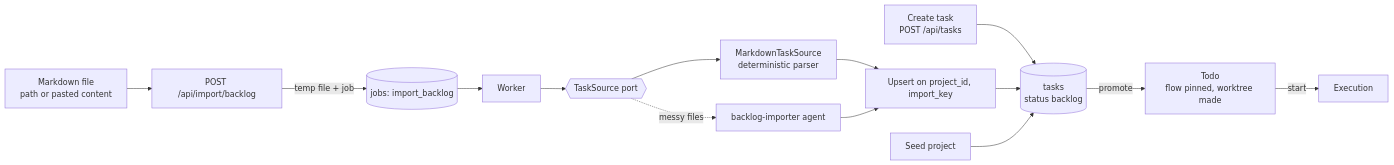
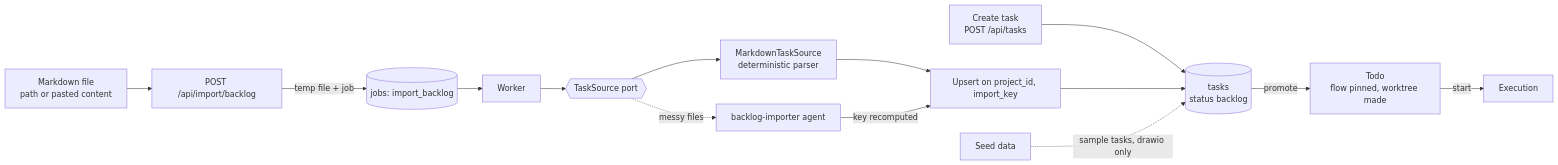
The diagram in docs/FlowBoard/Intake And Import/Intake And Import Overview.md (ClearCloudSoftware/flowboard), drawn with Mermaid before and after one commit. The commit also changed other lines of this file and 23 other files, not shown here.

````diff
--- a/docs/FlowBoard/Intake And Import/Intake And Import Overview.md
+++ b/docs/FlowBoard/Intake And Import/Intake And Import Overview.md
@@ -23,16 +23,16 @@
 ```mermaid
 flowchart LR
   MD[Markdown file<br/>path or pasted content] --> API[POST /api/import/backlog]
   API -->|temp file + job| Q[(jobs: import_backlog)]
   Q --> W[Worker]
   W --> TS{{TaskSource port}}
   TS --> P[MarkdownTaskSource<br/>deterministic parser]
   TS -.messy files.-> AG[backlog-importer agent]
   P --> UP[Upsert on project_id, import_key]
-  AG --> UP
+  AG -->|key recomputed| UP
   NEW[Create task<br/>POST /api/tasks] --> T[(tasks<br/>status backlog)]
   UP --> T
-  SEED[Seed project] --> T
+  SEED[Seed data] -.sample tasks, drawio only.-> T
   T -->|promote| TODO[Todo<br/>flow pinned, worktree made]
   TODO -->|start| EX[Execution]
 ```
````
